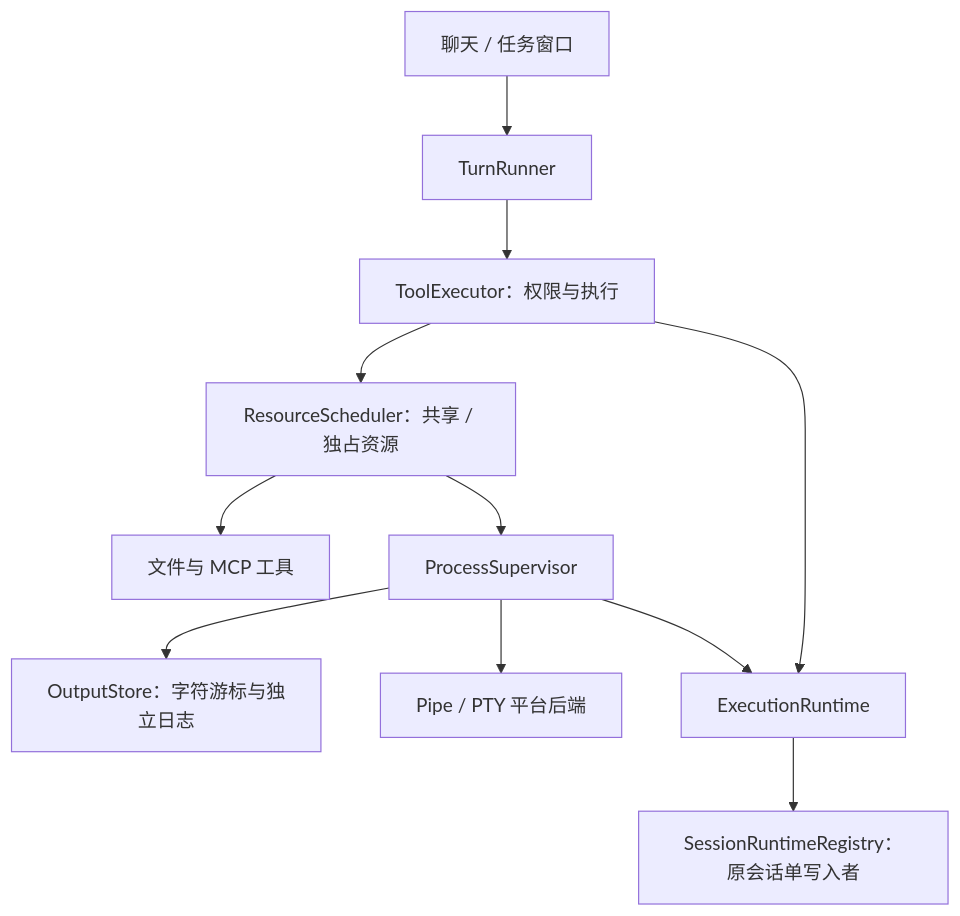
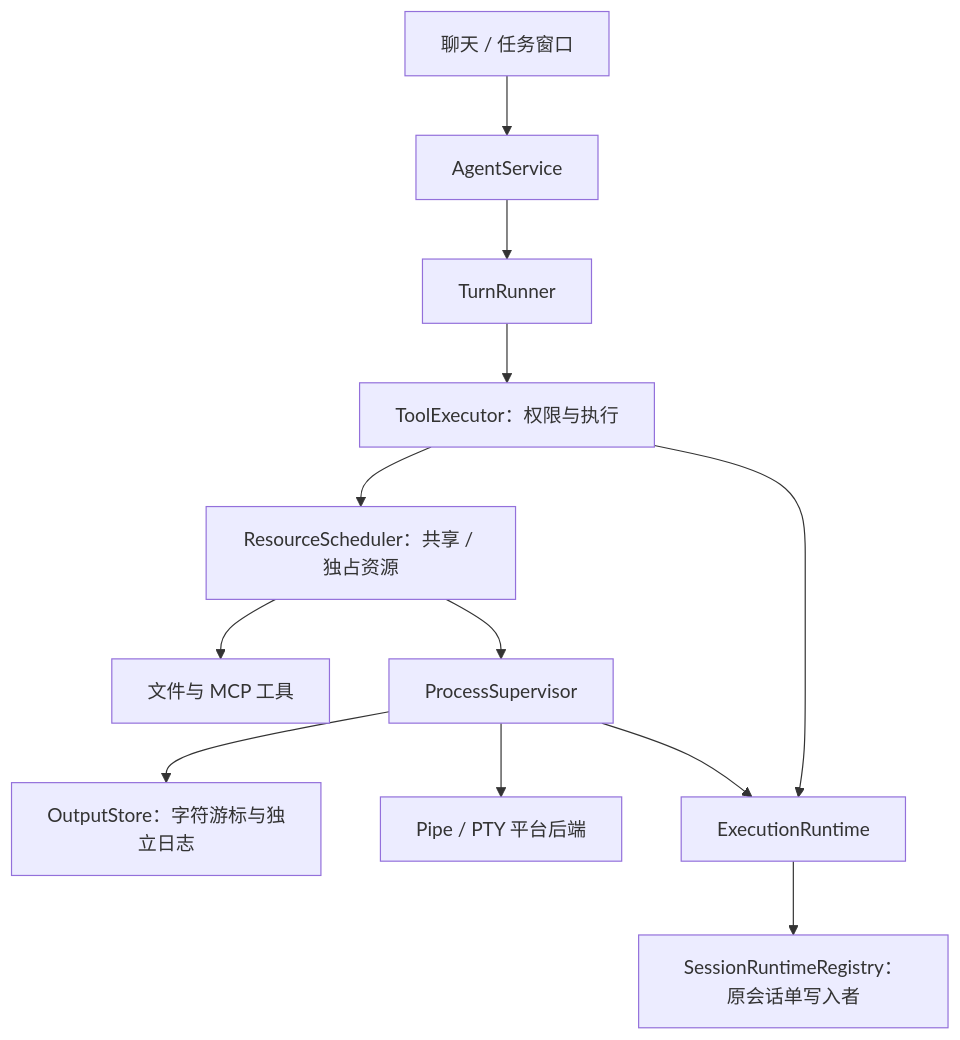
Before and after one commit to LangYiSheng/LanCher-Code: the second of 2 diagrams in docs/architecture.md, drawn with Mermaid. The commit also changed other lines of this file and 61 other files, not shown here.

Commit message:
feat(agent): 分离 Agent SDK 与 TUI 并支持无界面运行

````diff
--- a/docs/architecture.md
+++ b/docs/architecture.md
@@ -203,13 +207,14 @@
 ```mermaid
 flowchart TD
-    TUI[聊天 / 任务窗口] --> TR[TurnRunner]
+    TUI[聊天 / 任务窗口] --> SDK[AgentService]
+    SDK --> TR[TurnRunner]
     TR --> EX[ToolExecutor：权限与执行]
     EX --> RS[ResourceScheduler：共享 / 独占资源]
     RS --> FILE[文件与 MCP 工具]
     RS --> PROC[ProcessSupervisor]
     PROC --> OUT[OutputStore：字符游标与独立日志]
     PROC --> BACK[Pipe / PTY 平台后端]
     EX --> RT[ExecutionRuntime]
     PROC --> RT
     RT --> SR[SessionRuntimeRegistry：原会话单写入者]
 ```
````
